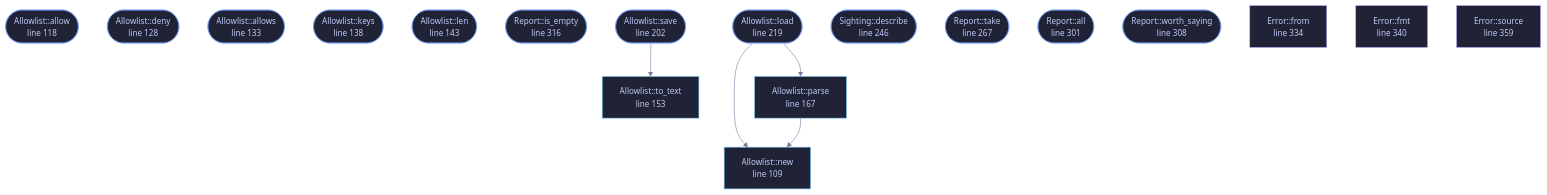
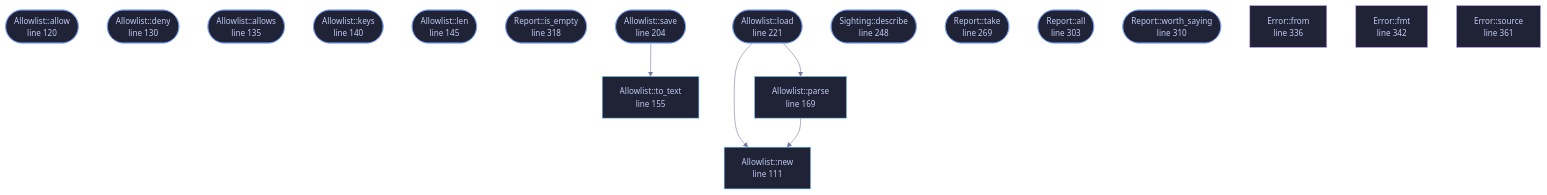
Before and after one commit to tilas01/veilvoice: the diagram in docs/files/veilvoice-capture/lib.md, drawn with Mermaid. The commit also changed other lines of this file and 37 other files, not shown here.

````diff
--- a/docs/files/veilvoice-capture/lib.md
+++ b/docs/files/veilvoice-capture/lib.md
@@ -137,52 +137,52 @@
 ```mermaid
 %%{init: {"theme":"base","themeVariables":{"background":"#1a1b26","primaryColor":"#1f2335","primaryTextColor":"#c0caf5","primaryBorderColor":"#7aa2f7","secondaryColor":"#16161e","tertiaryColor":"#16161e","lineColor":"#737aa2","textColor":"#c0caf5","mainBkg":"#1f2335","nodeBorder":"#7aa2f7","clusterBkg":"#16161e","clusterBorder":"#2f3549","fontFamily":"ui-monospace, SFMono-Regular, Consolas, monospace","fontSize":"14px"}}}%%
 flowchart TD
-    n_new["Allowlist::new<br/>line 109"]
-    n_allow(["Allowlist::allow<br/>line 118"])
-    n_deny(["Allowlist::deny<br/>line 128"])
-    n_allows(["Allowlist::allows<br/>line 133"])
-    n_keys(["Allowlist::keys<br/>line 138"])
-    n_len(["Allowlist::len<br/>line 143"])
-    n_is_empty(["Allowlist::is_empty<br/>line 148"])
-    n_to_text["Allowlist::to_text<br/>line 153"]
-    n_parse["Allowlist::parse<br/>line 167"]
-    n_save(["Allowlist::save<br/>line 202"])
-    n_load(["Allowlist::load<br/>line 219"])
-    n_describe(["Sighting::describe<br/>line 246"])
-    n_take(["Report::take<br/>line 267"])
-    n_all(["Report::all<br/>line 301"])
-    n_worth_saying(["Report::worth_saying<br/>line 308"])
-    n_is_empty(["Report::is_empty<br/>line 316"])
-    n_from["Error::from<br/>line 334"]
-    n_fmt["Error::fmt<br/>line 340"]
-    n_source["Error::source<br/>line 359"]
+    n_new["Allowlist::new<br/>line 111"]
+    n_allow(["Allowlist::allow<br/>line 120"])
+    n_deny(["Allowlist::deny<br/>line 130"])
+    n_allows(["Allowlist::allows<br/>line 135"])
+    n_keys(["Allowlist::keys<br/>line 140"])
+    n_len(["Allowlist::len<br/>line 145"])
+    n_is_empty(["Allowlist::is_empty<br/>line 150"])
+    n_to_text["Allowlist::to_text<br/>line 155"]
+    n_parse["Allowlist::parse<br/>line 169"]
+    n_save(["Allowlist::save<br/>line 204"])
+    n_load(["Allowlist::load<br/>line 221"])
+    n_describe(["Sighting::describe<br/>line 248"])
+    n_take(["Report::take<br/>line 269"])
+    n_all(["Report::all<br/>line 303"])
+    n_worth_saying(["Report::worth_saying<br/>line 310"])
+    n_is_empty(["Report::is_empty<br/>line 318"])
+    n_from["Error::from<br/>line 336"]
+    n_fmt["Error::fmt<br/>line 342"]
+    n_source["Error::source<br/>line 361"]
     n_load --> n_new
     n_load --> n_parse
     n_parse --> n_new
     n_save --> n_to_text
-    click n_new href "https://github.com/tilas01/veilvoice/blob/main/crates/veilvoice-capture/src/lib.rs#L109" "open the source"
-    click n_allow href "https://github.com/tilas01/veilvoice/blob/main/crates/veilvoice-capture/src/lib.rs#L118" "open the source"
-    click n_deny href "https://github.com/tilas01/veilvoice/blob/main/crates/veilvoice-capture/src/lib.rs#L128" "open the source"
-    click n_allows href "https://github.com/tilas01/veilvoice/blob/main/crates/veilvoice-capture/src/lib.rs#L133" "open the source"
-    click n_keys href "https://github.com/tilas01/veilvoice/blob/main/crates/veilvoice-capture/src/lib.rs#L138" "open the source"
-    click n_len href "https://github.com/tilas01/veilvoice/blob/main/crates/veilvoice-capture/src/lib.rs#L143" "open the source"
-    click n_is_empty href "https://github.com/tilas01/veilvoice/blob/main/crates/veilvoice-capture/src/lib.rs#L148" "open the source"
-    click n_to_text href "https://github.com/tilas01/veilvoice/blob/main/crates/veilvoice-capture/src/lib.rs#L153" "open the source"
-    click n_parse href "https://github.com/tilas01/veilvoice/blob/main/crates/veilvoice-capture/src/lib.rs#L167" "open the source"
-    click n_save href "https://github.com/tilas01/veilvoice/blob/main/crates/veilvoice-capture/src/lib.rs#L202" "open the source"
-    click n_load href "https://github.com/tilas01/veilvoice/blob/main/crates/veilvoice-capture/src/lib.rs#L219" "open the source"
-    click n_describe href "https://github.com/tilas01/veilvoice/blob/main/crates/veilvoice-capture/src/lib.rs#L246" "open the source"
-    click n_take href "https://github.com/tilas01/veilvoice/blob/main/crates/veilvoice-capture/src/lib.rs#L267" "open the source"
-    click n_all href "https://github.com/tilas01/veilvoice/blob/main/crates/veilvoice-capture/src/lib.rs#L301" "open the source"
-    click n_worth_saying href "https://github.com/tilas01/veilvoice/blob/main/crates/veilvoice-capture/src/lib.rs#L308" "open the source"
-    click n_is_empty href "https://github.com/tilas01/veilvoice/blob/main/crates/veilvoice-capture/src/lib.rs#L316" "open the source"
-    click n_from href "https://github.com/tilas01/veilvoice/blob/main/crates/veilvoice-capture/src/lib.rs#L334" "open the source"
-    click n_fmt href "https://github.com/tilas01/veilvoice/blob/main/crates/veilvoice-capture/src/lib.rs#L340" "open the source"
-    click n_source href "https://github.com/tilas01/veilvoice/blob/main/crates/veilvoice-capture/src/lib.rs#L359" "open the source"
+    click n_new href "https://github.com/tilas01/veilvoice/blob/main/crates/veilvoice-capture/src/lib.rs#L111" "open the source"
+    click n_allow href "https://github.com/tilas01/veilvoice/blob/main/crates/veilvoice-capture/src/lib.rs#L120" "open the source"
+    click n_deny href "https://github.com/tilas01/veilvoice/blob/main/crates/veilvoice-capture/src/lib.rs#L130" "open the source"
+    click n_allows href "https://github.com/tilas01/veilvoice/blob/main/crates/veilvoice-capture/src/lib.rs#L135" "open the source"
+    click n_keys href "https://github.com/tilas01/veilvoice/blob/main/crates/veilvoice-capture/src/lib.rs#L140" "open the source"
+    click n_len href "https://github.com/tilas01/veilvoice/blob/main/crates/veilvoice-capture/src/lib.rs#L145" "open the source"
+    click n_is_empty href "https://github.com/tilas01/veilvoice/blob/main/crates/veilvoice-capture/src/lib.rs#L150" "open the source"
+    click n_to_text href "https://github.com/tilas01/veilvoice/blob/main/crates/veilvoice-capture/src/lib.rs#L155" "open the source"
+    click n_parse href "https://github.com/tilas01/veilvoice/blob/main/crates/veilvoice-capture/src/lib.rs#L169" "open the source"
+    click n_save href "https://github.com/tilas01/veilvoice/blob/main/crates/veilvoice-capture/src/lib.rs#L204" "open the source"
+    click n_load href "https://github.com/tilas01/veilvoice/blob/main/crates/veilvoice-capture/src/lib.rs#L221" "open the source"
+    click n_describe href "https://github.com/tilas01/veilvoice/blob/main/crates/veilvoice-capture/src/lib.rs#L248" "open the source"
+    click n_take href "https://github.com/tilas01/veilvoice/blob/main/crates/veilvoice-capture/src/lib.rs#L269" "open the source"
+    click n_all href "https://github.com/tilas01/veilvoice/blob/main/crates/veilvoice-capture/src/lib.rs#L303" "open the source"
+    click n_worth_saying href "https://github.com/tilas01/veilvoice/blob/main/crates/veilvoice-capture/src/lib.rs#L310" "open the source"
+    click n_is_empty href "https://github.com/tilas01/veilvoice/blob/main/crates/veilvoice-capture/src/lib.rs#L318" "open the source"
+    click n_from href "https://github.com/tilas01/veilvoice/blob/main/crates/veilvoice-capture/src/lib.rs#L336" "open the source"
+    click n_fmt href "https://github.com/tilas01/veilvoice/blob/main/crates/veilvoice-capture/src/lib.rs#L342" "open the source"
+    click n_source href "https://github.com/tilas01/veilvoice/blob/main/crates/veilvoice-capture/src/lib.rs#L361" "open the source"
     classDef entry fill:#1f2335,stroke:#7aa2f7,color:#c0caf5
     class n_allow,n_deny,n_allows,n_keys,n_len,n_is_empty,n_save,n_load,n_describe,n_take,n_all,n_worth_saying,n_is_empty entry
     classDef api fill:#1f2335,stroke:#7dcfff,color:#c0caf5
     class n_new,n_to_text,n_parse api
     classDef helper fill:#1f2335,stroke:#bb9af7,color:#c0caf5
     class n_from,n_fmt,n_source helper
 ```
````
